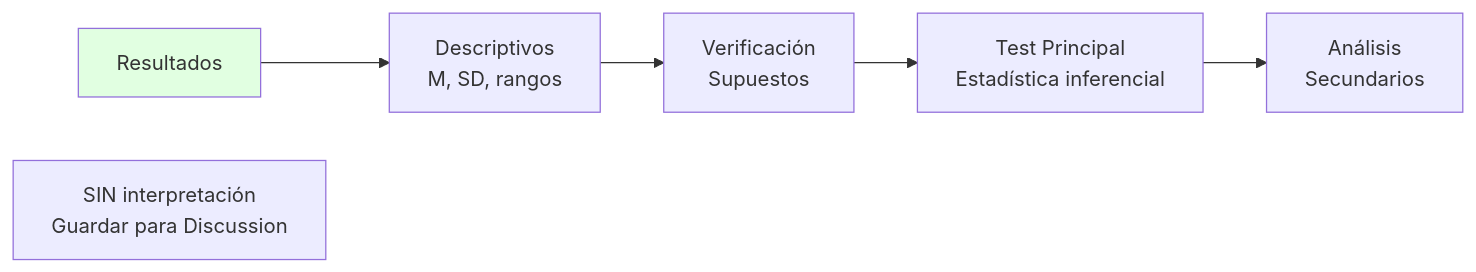
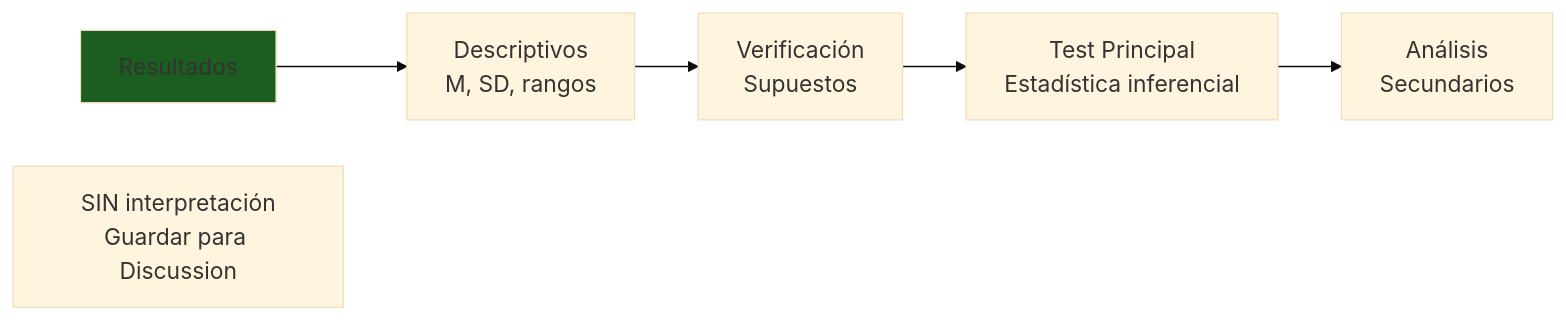
Before and after one commit to Ai-Whisperers/Courses-Content: the fourth of 13 diagrams in courses/🟡-development/FPUNA-2026/05-INVESTIGACION-ACADEMIA/04-redaccion-academica.md, drawn with Mermaid. The commit also changed other lines of this file and 47 other files, not shown here.

First line of the commit message:
fix: Make all 473 diagrams WCAG AAA accessible (FPUNA-2026)

````diff
--- a/courses/🟡-development/FPUNA-2026/05-INVESTIGACION-ACADEMIA/04-redaccion-academica.md
+++ b/courses/🟡-development/FPUNA-2026/05-INVESTIGACION-ACADEMIA/04-redaccion-academica.md
@@ -176,11 +179,12 @@
 ```mermaid
+%%{init: {'theme':'base', 'themeVariables': {'fontSize':'18px'}}}%%
 flowchart LR
     A[Resultados] --> B[Descriptivos<br/>M, SD, rangos]
     B --> C[Verificación<br/>Supuestos]
     C --> D[Test Principal<br/>Estadística inferencial]
     D --> E[Análisis<br/>Secundarios]
     
     Note1[SIN interpretación<br/>Guardar para Discussion]
     
-    style A fill:#E1FFE1
+    style A fill:#1b5e20
 ```
````
